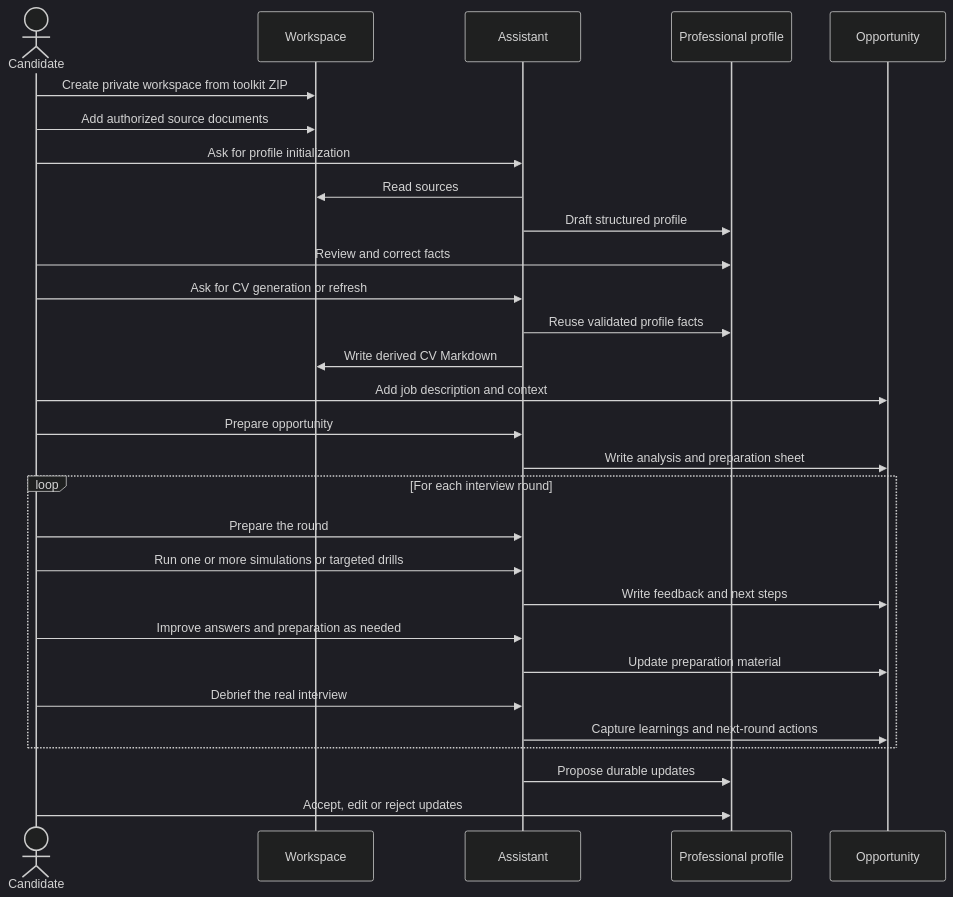
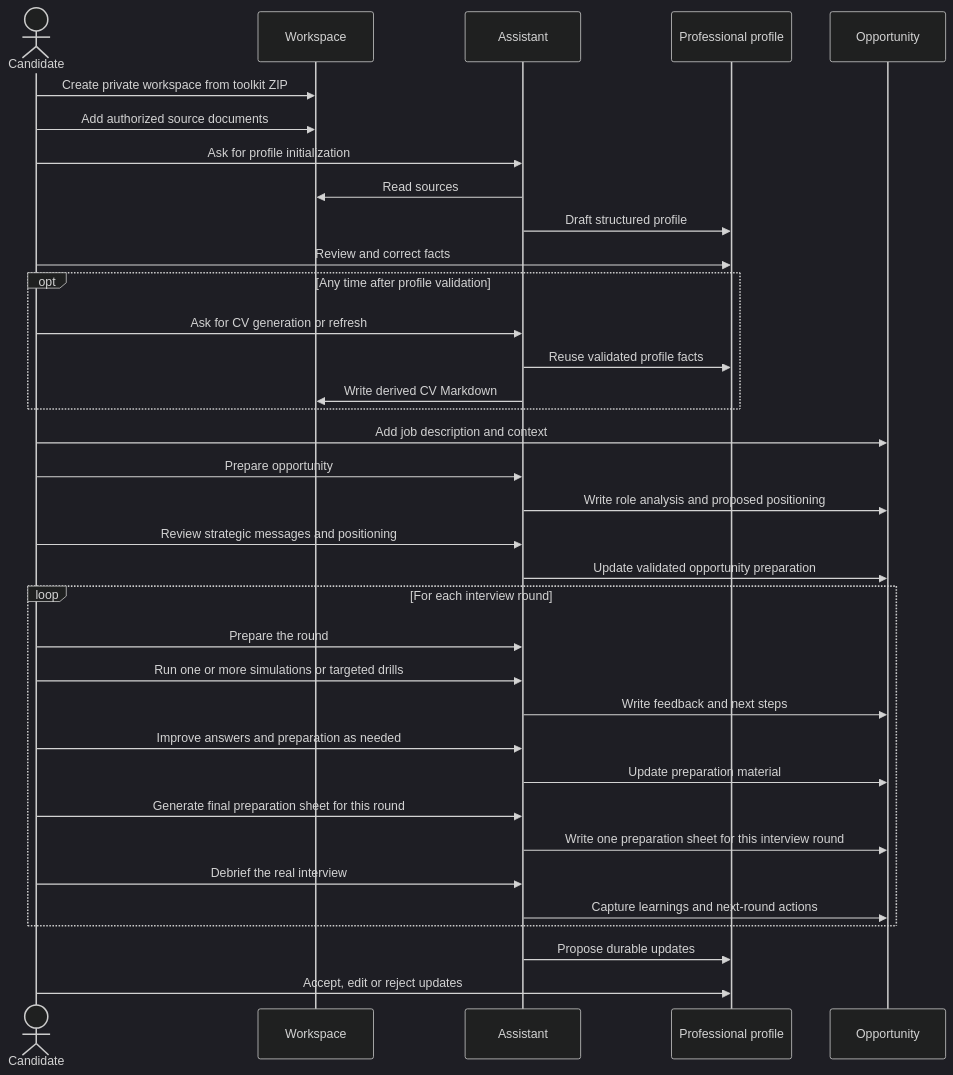
The second of 2 diagrams in docs/document-lifecycle.md (JeromeJ77/career-ai-toolkit), drawn with Mermaid (dark theme) before and after one commit. The commit also changed other lines of this file and 5 other files, not shown here.

Commit message:
docs: improve diagrams (+coloring) and clarify opportunity workflow

````diff
--- a/docs/document-lifecycle.md
+++ b/docs/document-lifecycle.md
@@ -28,32 +32,38 @@
 ```mermaid
 sequenceDiagram
     actor Candidate
     participant Workspace
     participant Assistant
     participant Profile as Professional profile
     participant Opportunity
 
     Candidate->>Workspace: Create private workspace from toolkit ZIP
     Candidate->>Workspace: Add authorized source documents
     Candidate->>Assistant: Ask for profile initialization
     Assistant->>Workspace: Read sources
     Assistant->>Profile: Draft structured profile
     Candidate->>Profile: Review and correct facts
-    Candidate->>Assistant: Ask for CV generation or refresh
-    Assistant->>Profile: Reuse validated profile facts
-    Assistant->>Workspace: Write derived CV Markdown
+    opt Any time after profile validation
+        Candidate->>Assistant: Ask for CV generation or refresh
+        Assistant->>Profile: Reuse validated profile facts
+        Assistant->>Workspace: Write derived CV Markdown
+    end
     Candidate->>Opportunity: Add job description and context
     Candidate->>Assistant: Prepare opportunity
-    Assistant->>Opportunity: Write analysis and preparation sheet
+    Assistant->>Opportunity: Write role analysis and proposed positioning
+    Candidate->>Assistant: Review strategic messages and positioning
+    Assistant->>Opportunity: Update validated opportunity preparation
     loop For each interview round
         Candidate->>Assistant: Prepare the round
         Candidate->>Assistant: Run one or more simulations or targeted drills
         Assistant->>Opportunity: Write feedback and next steps
         Candidate->>Assistant: Improve answers and preparation as needed
         Assistant->>Opportunity: Update preparation material
+        Candidate->>Assistant: Generate final preparation sheet for this round
+        Assistant->>Opportunity: Write one preparation sheet for this interview round
         Candidate->>Assistant: Debrief the real interview
         Assistant->>Opportunity: Capture learnings and next-round actions
     end
     Assistant->>Profile: Propose durable updates
     Candidate->>Profile: Accept, edit or reject updates
 ```
````
